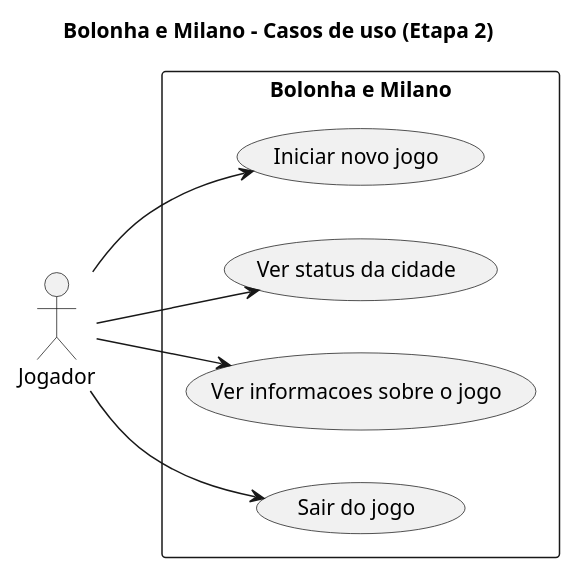
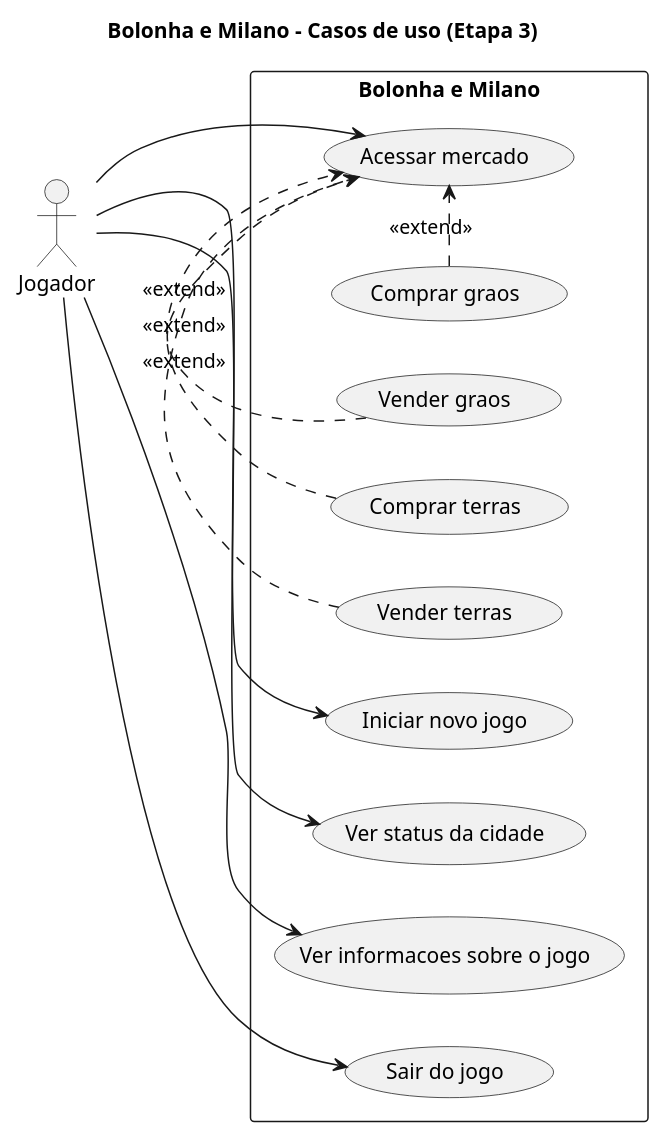
One commit to GabrieldasGracas/bolognaemilano changed the diagram in diagrama-casos-de-uso.puml. Above: the diagram before and after it, drawn with PlantUML. The commit also changed 6 other files, not shown here.

```diff
--- a/diagrama-casos-de-uso.puml
+++ b/diagrama-casos-de-uso.puml
@@ -1,17 +1,27 @@
 @startuml
-title Bolonha e Milano - Casos de uso (Etapa 2)
+title Bolonha e Milano - Casos de uso (Etapa 3)
 left to right direction
 actor Jogador
 
 rectangle "Bolonha e Milano" {
   usecase "Iniciar novo jogo" as UC1
   usecase "Ver status da cidade" as UC2
-  usecase "Ver informacoes sobre o jogo" as UC3
-  usecase "Sair do jogo" as UC4
+  usecase "Acessar mercado" as UC3
+  usecase "Ver informacoes sobre o jogo" as UC4
+  usecase "Sair do jogo" as UC5
+  usecase "Comprar graos" as UC6
+  usecase "Vender graos" as UC7
+  usecase "Comprar terras" as UC8
+  usecase "Vender terras" as UC9
 }
 
 Jogador --> UC1
 Jogador --> UC2
 Jogador --> UC3
 Jogador --> UC4
+Jogador --> UC5
+UC6 .> UC3 : <<extend>>
+UC7 .> UC3 : <<extend>>
+UC8 .> UC3 : <<extend>>
+UC9 .> UC3 : <<extend>>
 @enduml
```
